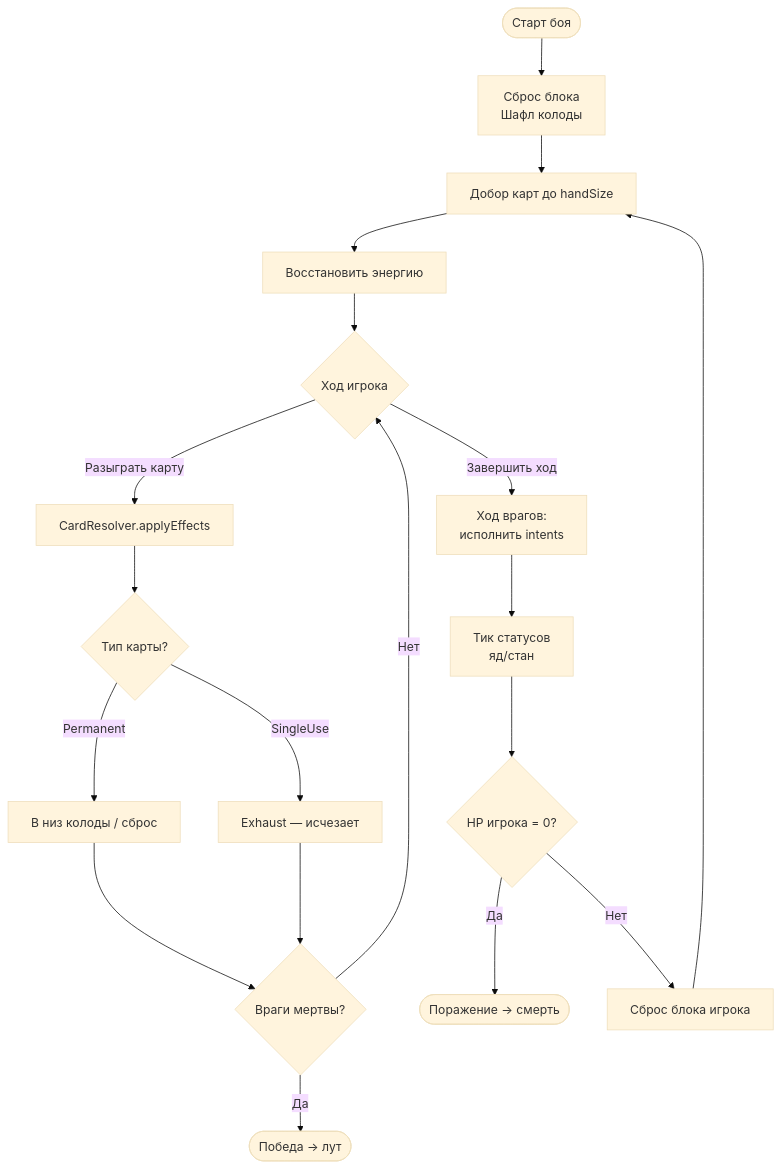
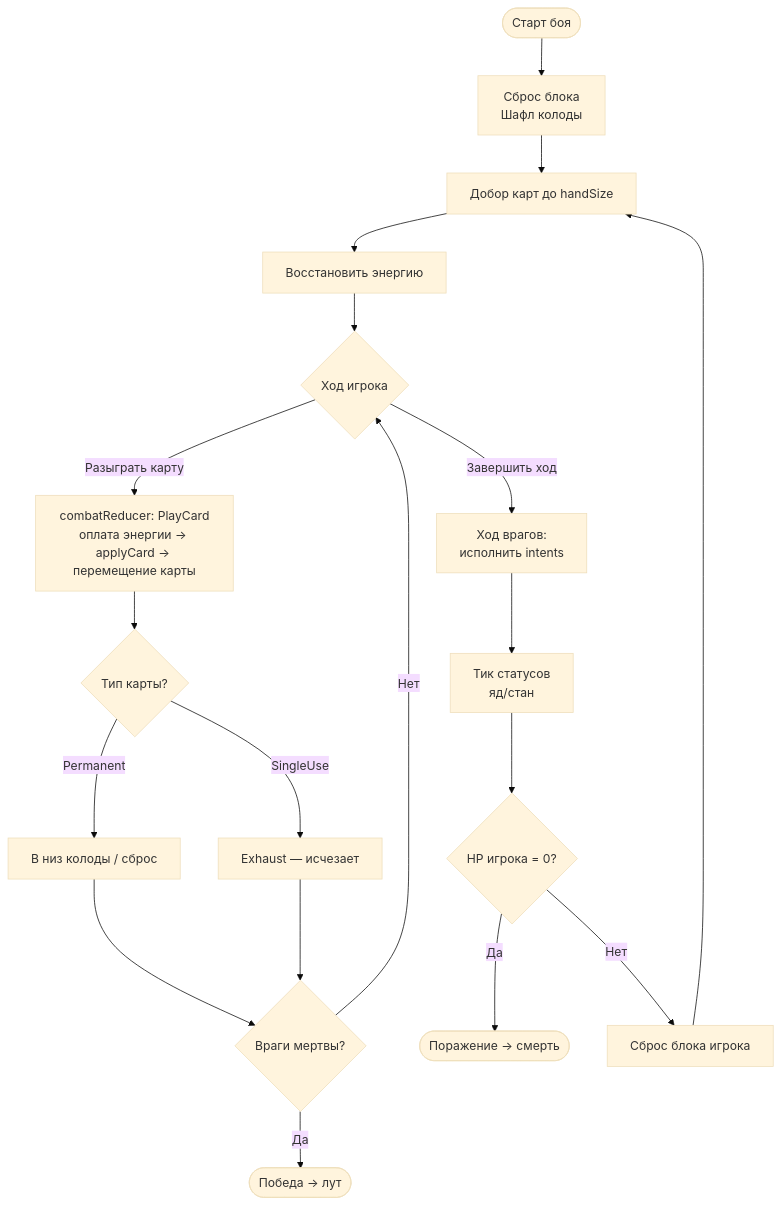
One commit to SPbZOVal/yar changed the second of 5 diagrams in docs/architecture/04-gameplay.md. Above: the diagram before and after it, drawn with Mermaid (base theme). The commit also changed other lines of this file and 43 other files, not shown here.

First line of the commit message:
refactor(domain): functional, registry-driven domain architecture

````diff
--- a/docs/architecture/04-gameplay.md
+++ b/docs/architecture/04-gameplay.md
@@ -63,23 +63,23 @@
 ```mermaid
 flowchart TD
     start([Старт боя]) --> INIT[Сброс блока<br/>Шафл колоды]
     INIT --> DRAW[Добор карт до handSize]
     DRAW --> ENERGY[Восстановить энергию]
     ENERGY --> PLAYER{Ход игрока}
 
-    PLAYER -->|Разыграть карту| PLAYCARD[CardResolver.applyEffects]
+    PLAYER -->|Разыграть карту| PLAYCARD[combatReducer: PlayCard<br/>оплата энергии → applyCard → перемещение карты]
     PLAYCARD --> CARDTYPE{Тип карты?}
     CARDTYPE -->|Permanent| TOBOTTOM[В низ колоды / сброс]
     CARDTYPE -->|SingleUse| EXHAUST[Exhaust — исчезает]
     TOBOTTOM --> CHECK1{Враги мертвы?}
     EXHAUST --> CHECK1
     CHECK1 -->|Да| VICTORY([Победа → лут])
     CHECK1 -->|Нет| PLAYER
 
     PLAYER -->|Завершить ход| ENEMYTURN[Ход врагов:<br/>исполнить intents]
     ENEMYTURN --> STATUSES[Тик статусов<br/>яд/стан]
     STATUSES --> CHECK2{HP игрока = 0?}
     CHECK2 -->|Да| DEFEAT([Поражение → смерть])
     CHECK2 -->|Нет| RESETBLOCK[Сброс блока игрока]
     RESETBLOCK --> DRAW
 ```
````
